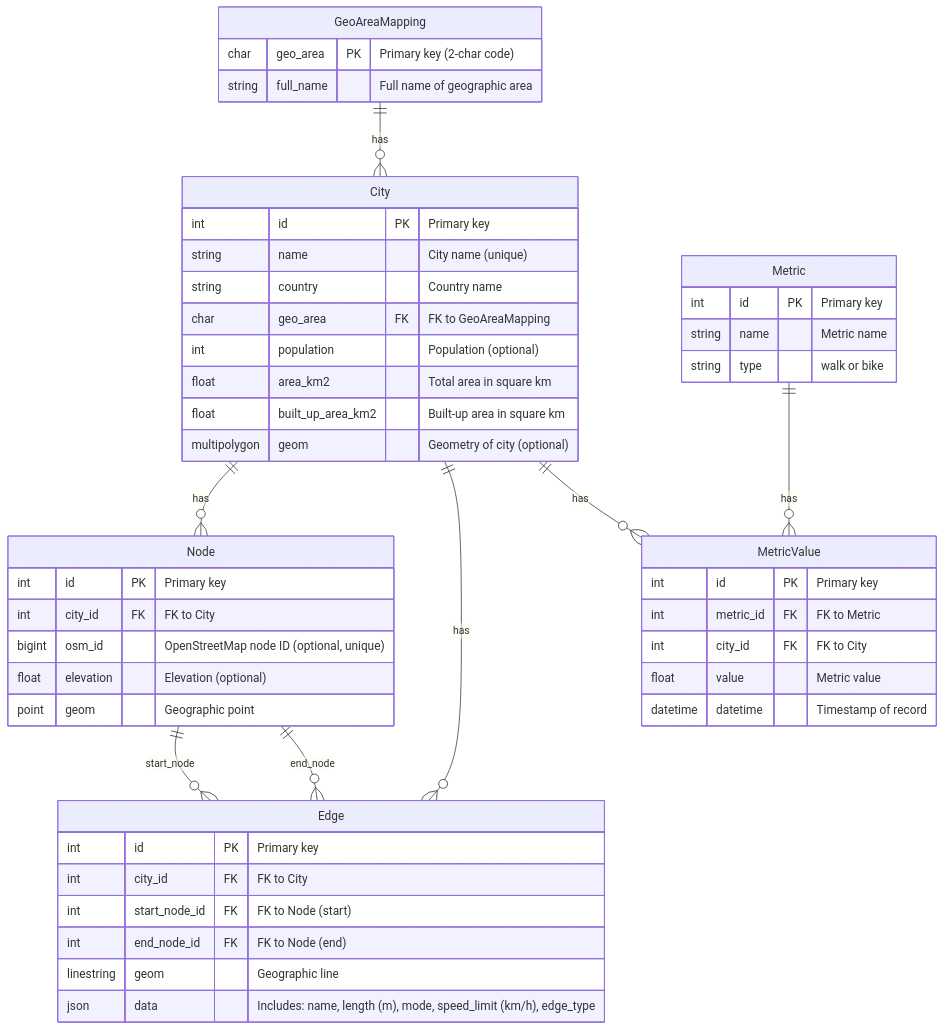
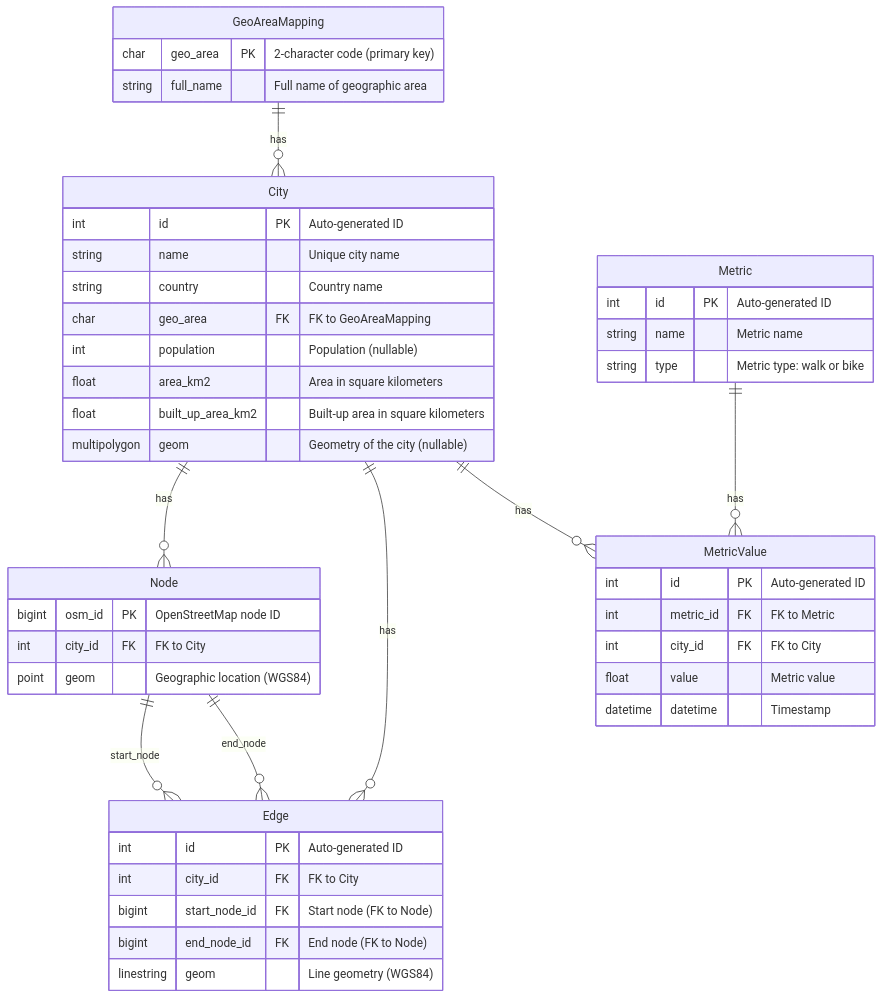
Before and after one commit to tanxiaoo/city_network_analysis: the diagram in README.md, drawn with Mermaid. The commit also changed 70 other files, not shown here.

````diff
--- a/README.md
+++ b/README.md
@@ -42,57 +42,54 @@
 ```mermaid
 erDiagram
     GeoAreaMapping ||--o{ City : "has"
     City ||--o{ Node : "has"
     City ||--o{ Edge : "has"
     City ||--o{ MetricValue : "has"
     Metric ||--o{ MetricValue : "has"
     Node ||--o{ Edge : "start_node"
     Node ||--o{ Edge : "end_node"
 
     GeoAreaMapping {
-        char geo_area PK "Primary key (2-char code)"
+        char geo_area PK "2-character code (primary key)"
         string full_name "Full name of geographic area"
     }
 
     City {
-        int id PK "Primary key"
-        string name "City name (unique)"
+        int id PK "Auto-generated ID"
+        string name "Unique city name"
         string country "Country name"
         char geo_area FK "FK to GeoAreaMapping"
-        int population "Population (optional)"
-        float area_km2 "Total area in square km"
-        float built_up_area_km2 "Built-up area in square km"
-        multipolygon geom "Geometry of city (optional)"
+        int population "Population (nullable)"
+        float area_km2 "Area in square kilometers"
+        float built_up_area_km2 "Built-up area in square kilometers"
+        multipolygon geom "Geometry of the city (nullable)"
     }
 
     Metric {
-        int id PK "Primary key"
+        int id PK "Auto-generated ID"
         string name "Metric name"
-        string type "walk or bike"
+        string type "Metric type: walk or bike"
     }
 
     MetricValue {
-        int id PK "Primary key"
+        int id PK "Auto-generated ID"
         int metric_id FK "FK to Metric"
         int city_id FK "FK to City"
         float value "Metric value"
-        datetime datetime "Timestamp of record"
+        datetime datetime "Timestamp"
     }
 
     Node {
-        int id PK "Primary key"
+        bigint osm_id PK "OpenStreetMap node ID"
         int city_id FK "FK to City"
-        bigint osm_id "OpenStreetMap node ID (optional, unique)"
-        float elevation "Elevation (optional)"
-        point geom "Geographic point"
+        point geom "Geographic location (WGS84)"
     }
 
     Edge {
-        int id PK "Primary key"
+        int id PK "Auto-generated ID"
         int city_id FK "FK to City"
-        int start_node_id FK "FK to Node (start)"
-        int end_node_id FK "FK to Node (end)"
-        linestring geom "Geographic line"
-        json data "Includes: name, length (m), mode, speed_limit (km/h), edge_type"
+        bigint start_node_id FK "Start node (FK to Node)"
+        bigint end_node_id FK "End node (FK to Node)"
+        linestring geom "Line geometry (WGS84)"
     }
 ```
````
